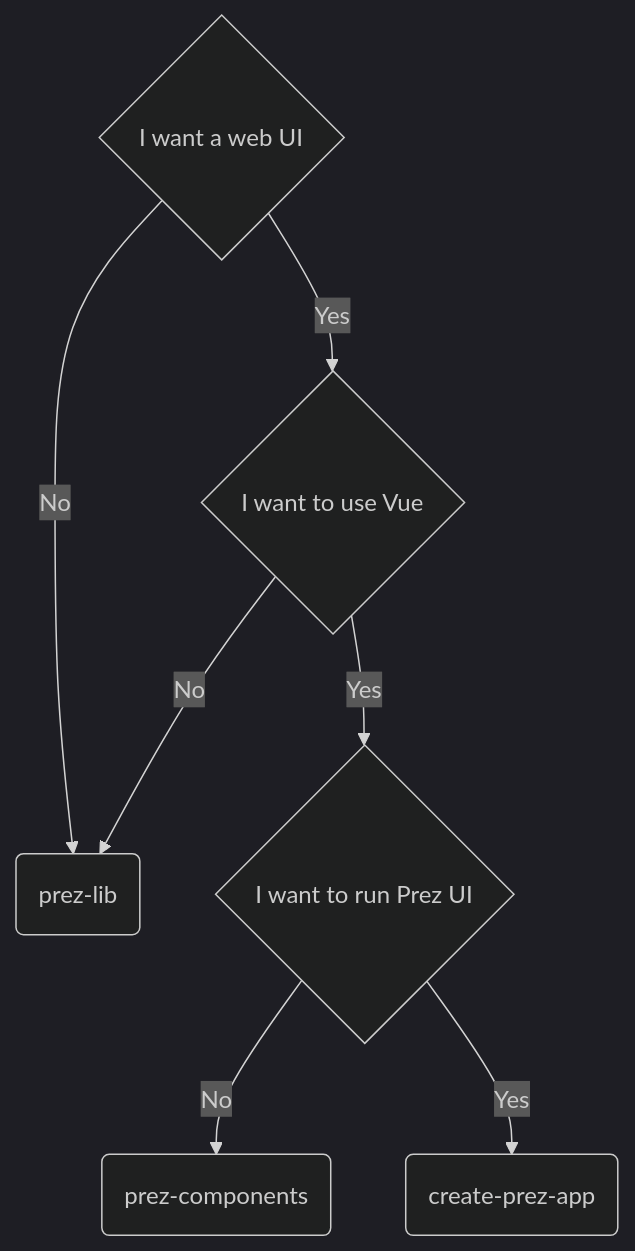
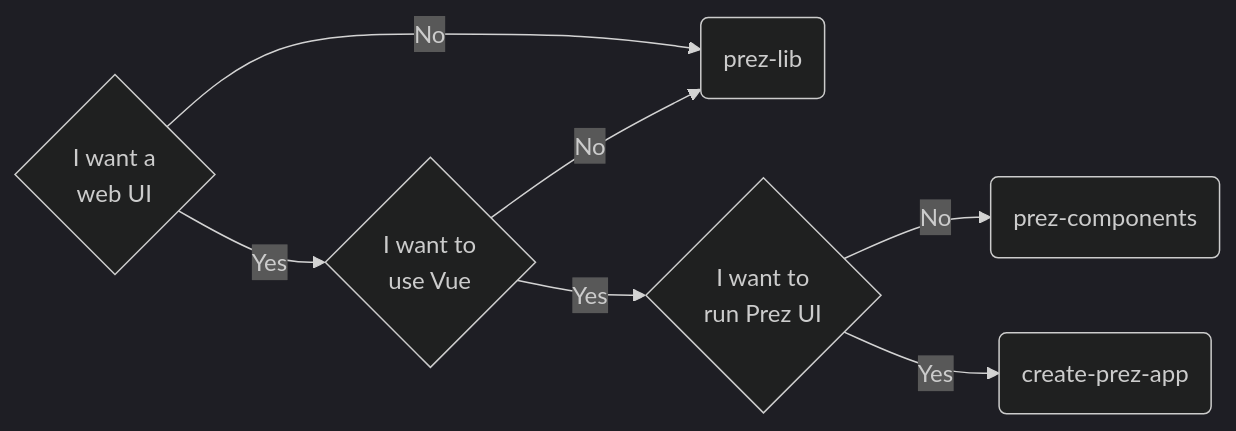
The diagram in README.md (RDFLib/prez-ui), drawn with Mermaid (dark theme) before and after one commit.

Commit message:
docs: reorient the README diagram, add line breaks (#188)

````diff
--- a/README.md
+++ b/README.md
@@ -30,9 +30,9 @@
 ```mermaid
-flowchart TD
-    A{I want a web UI} -->|No| B(prez-lib)
-    A --> |Yes| C{I want to use Vue}
+flowchart LR
+    A{I want a<br> web UI} -->|No| B(prez-lib)
+    A --> |Yes| C{I want to<br> use Vue}
     C -->|No| B
-    C -->|Yes| D{I want to run Prez UI}
+    C -->|Yes| D{I want to<br> run Prez UI}
     D -->|No| E(prez-components)
     D -->|Yes| F(create-prez-app)
 ```
````
